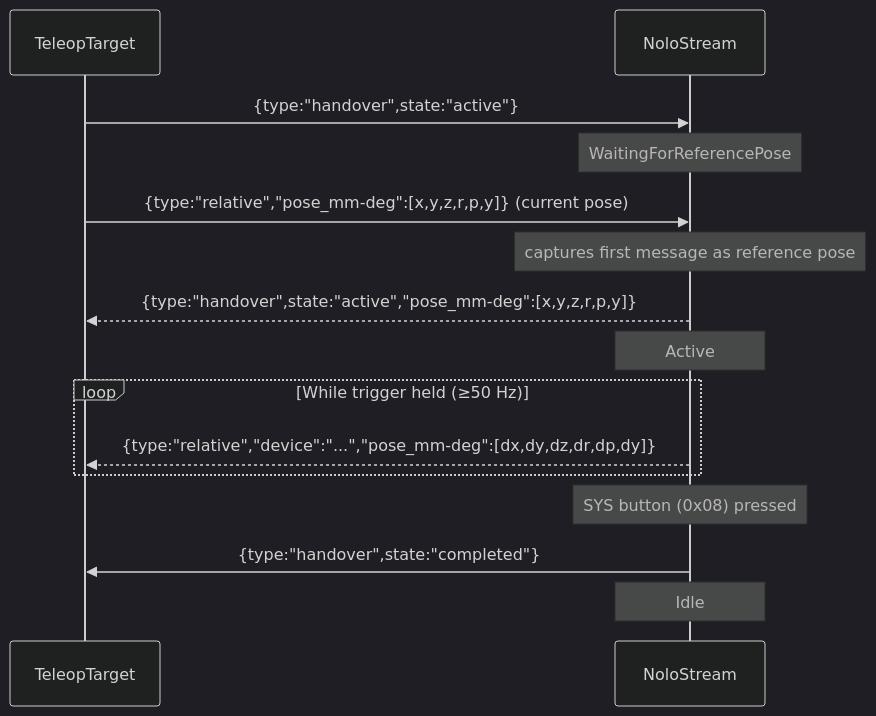
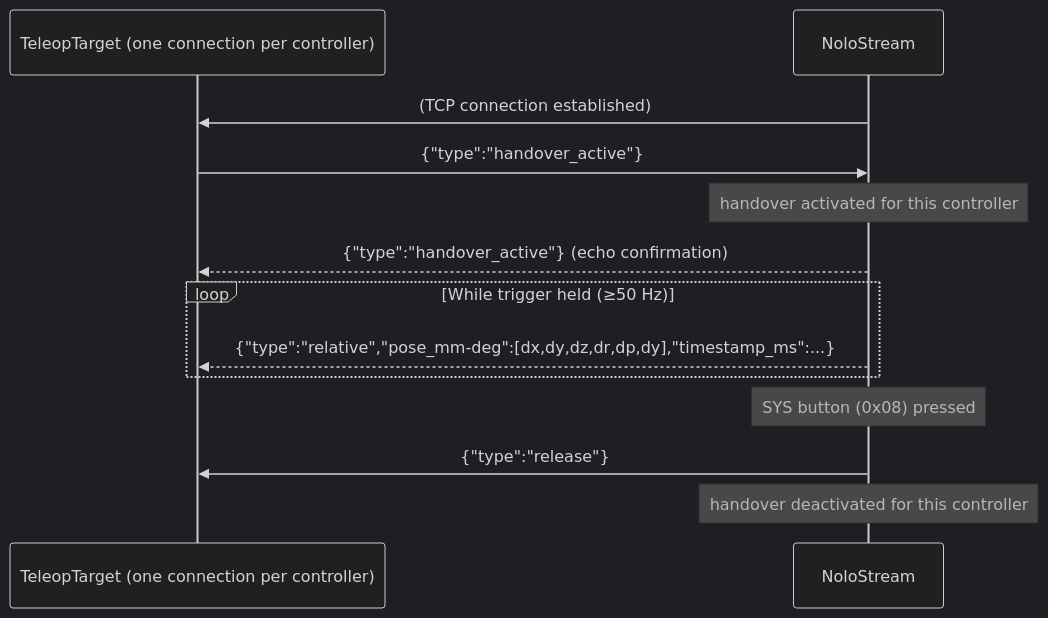
One commit to DionHo/nolo-stream changed the diagram in docs/teleop.md. Above: the diagram before and after it, drawn with Mermaid (dark theme). The commit also changed other lines of this file and 16 other files, not shown here.

Commit message:
teleop running one stream target per controller, need to crosscheck

````diff
--- a/docs/teleop.md
+++ b/docs/teleop.md
@@ -79,20 +81,18 @@
 ```mermaid
 sequenceDiagram
-    participant T as TeleopTarget
+    participant T as TeleopTarget (one connection per controller)
     participant N as NoloStream
 
-    T->>N: {type:"handover",state:"active"}
-    Note over N: WaitingForReferencePose
-    T->>N: {type:"relative","pose_mm-deg":[x,y,z,r,p,y]} (current pose)
-    Note over N: captures first message as reference pose
-    N-->>T: {type:"handover",state:"active","pose_mm-deg":[x,y,z,r,p,y]}
-    Note over N: Active
+    N->>T: (TCP connection established)
+    T->>N: {"type":"handover_active"}
+    Note over N: handover activated for this controller
+    N-->>T: {"type":"handover_active"}  (echo confirmation)
 
     loop While trigger held (≥50 Hz)
-        N-->>T: {type:"relative","device":"...","pose_mm-deg":[dx,dy,dz,dr,dp,dy]}
+        N-->>T: {"type":"relative","pose_mm-deg":[dx,dy,dz,dr,dp,dy],"timestamp_ms":...}
     end
 
     Note over N: SYS button (0x08) pressed
-    N->>T: {type:"handover",state:"completed"}
-    Note over N: Idle
+    N->>T: {"type":"release"}
+    Note over N: handover deactivated for this controller
 ```
````
